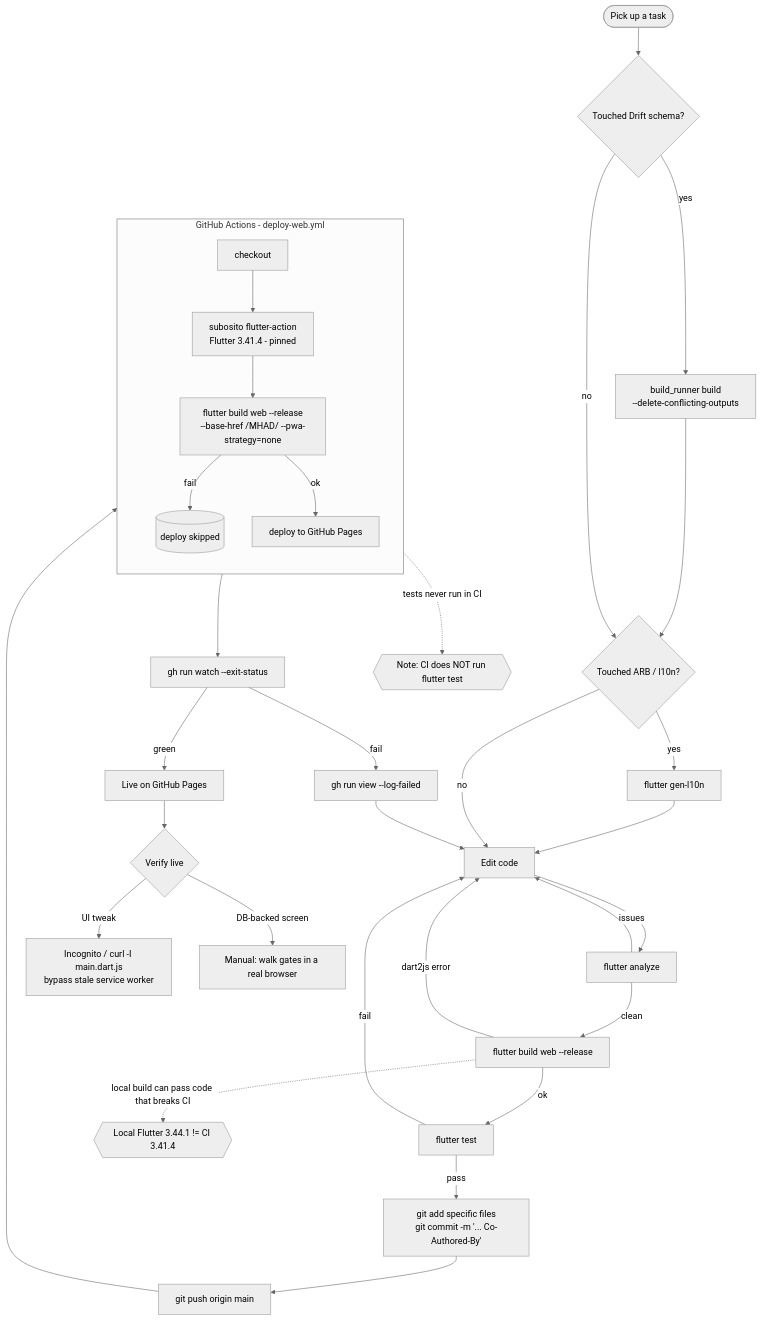
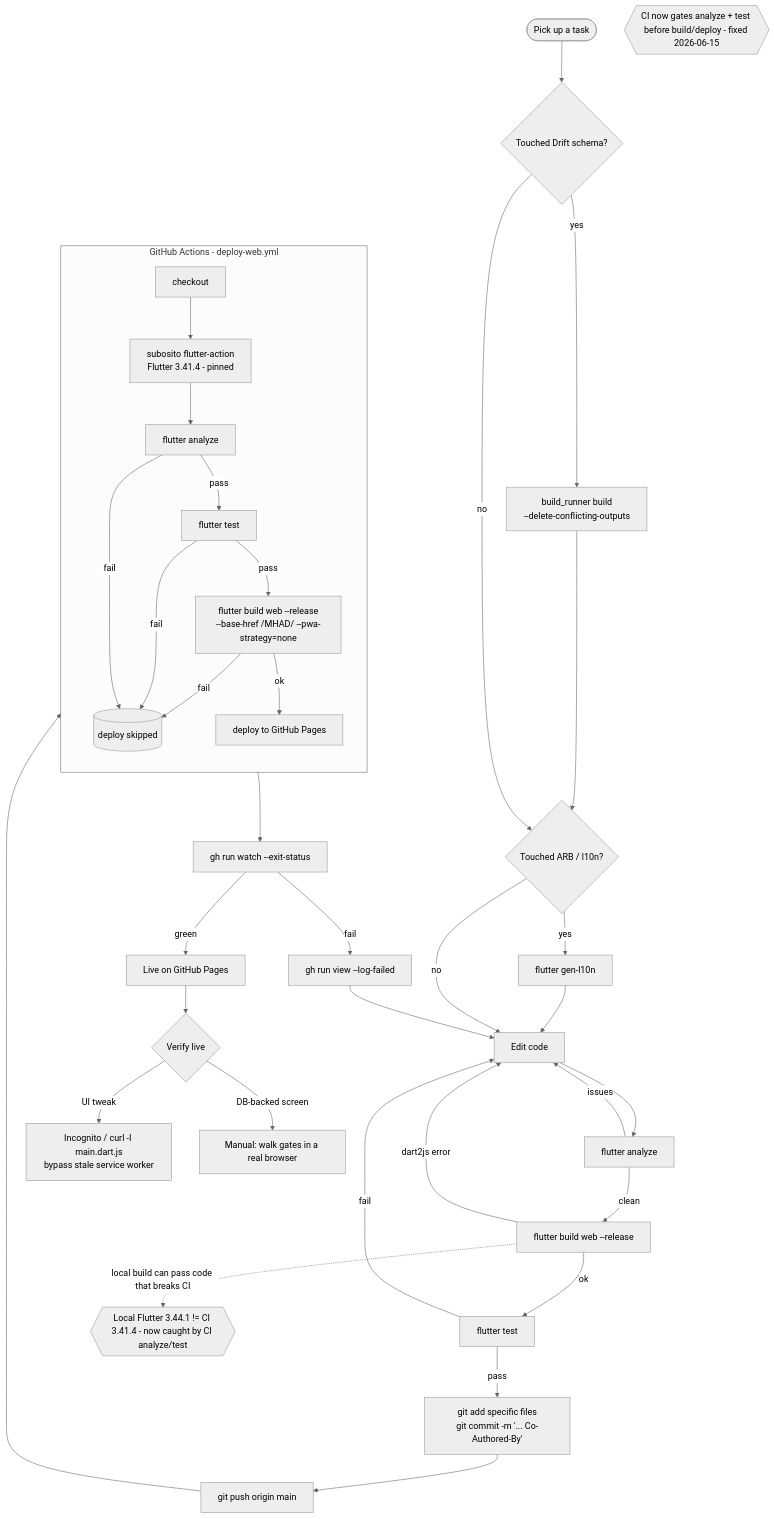
Before and after one commit to Onica5000/MHAD: the diagram in docs/DEV_WORKFLOW.md, drawn with Mermaid (neutral theme). The commit also changed other lines of this file and 1 other file, not shown here.

First line of the commit message:
docs: mark workflow-diagram findings resolved

````diff
--- a/docs/DEV_WORKFLOW.md
+++ b/docs/DEV_WORKFLOW.md
@@ -8,38 +8,41 @@
 ```mermaid
 flowchart TD
   Start([Pick up a task]) --> SchemaQ{Touched Drift schema?}
   SchemaQ -- yes --> Gen[build_runner build\n--delete-conflicting-outputs] --> L10nQ
   SchemaQ -- no --> L10nQ{Touched ARB / l10n?}
   L10nQ -- yes --> Gen2[flutter gen-l10n] --> Edit
   L10nQ -- no --> Edit[Edit code]
 
   Edit --> Analyze[flutter analyze]
   Analyze -- issues --> Edit
   Analyze -- clean --> WebBuild[flutter build web --release]
   WebBuild -- dart2js error --> Edit
   WebBuild -- ok --> Test[flutter test]
   Test -- fail --> Edit
   Test -- pass --> Commit[git add specific files\ngit commit -m '... Co-Authored-By']
   Commit --> Push[git push origin main]
   Push --> CI[[CI: deploy-web.yml]]
 
   subgraph CI[GitHub Actions - deploy-web.yml]
     direction TD
     C1[checkout] --> C2[subosito flutter-action\nFlutter 3.41.4 - pinned]
-    C2 --> C3[flutter build web --release\n--base-href /MHAD/ --pwa-strategy=none]
-    C3 -- fail --> CIfail[(deploy skipped)]
+    C2 --> CA[flutter analyze]
+    CA -- fail --> CIfail[(deploy skipped)]
+    CA -- pass --> CT[flutter test]
+    CT -- fail --> CIfail
+    CT -- pass --> C3[flutter build web --release\n--base-href /MHAD/ --pwa-strategy=none]
+    C3 -- fail --> CIfail
     C3 -- ok --> C4[deploy to GitHub Pages]
   end
 
   CI --> Watch[gh run watch --exit-status]
   Watch -- fail --> Logs[gh run view --log-failed] --> Edit
   Watch -- green --> Live[Live on GitHub Pages]
   Live --> Verify{Verify live}
   Verify -- "UI tweak" --> Incognito[Incognito / curl -I main.dart.js\nbypass stale service worker]
   Verify -- "DB-backed screen" --> Manual[Manual: walk gates in a real browser]
 
-  CItest{{Note: CI does NOT run flutter test}}
-  C3 -. tests never run in CI .-> CItest
-  SkewNote{{Local Flutter 3.44.1 != CI 3.41.4}}
+  CInote{{CI now gates analyze + test before build/deploy - fixed 2026-06-15}}
+  SkewNote{{Local Flutter 3.44.1 != CI 3.41.4 - now caught by CI analyze/test}}
   WebBuild -. local build can pass code that breaks CI .-> SkewNote
 ```
````
